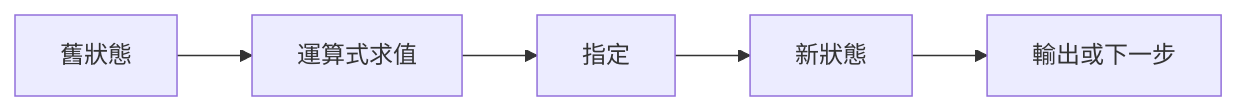
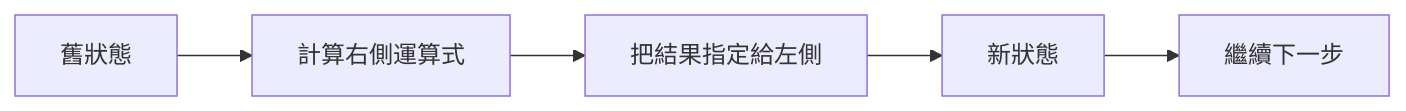
One commit to inred329/summer_pre_course_2026 changed the diagram in materials/preparatory/unit-02-data-state.zh-TW.md. Above: the diagram before and after it, drawn with Mermaid. The commit also changed other lines of this file, not shown here.

Commit message:
Improve P-U02 Chinese reading sequence

````diff
--- a/materials/preparatory/unit-02-data-state.zh-TW.md
+++ b/materials/preparatory/unit-02-data-state.zh-TW.md
@@ -82,7 +104,7 @@
 ```mermaid
 flowchart LR
-    O[舊狀態] --> E[運算式求值]
-    E --> A[指定]
+    O[舊狀態] --> E[計算右側運算式]
+    E --> A[把結果指定給左側]
     A --> N[新狀態]
-    N --> P[輸出或下一步]
+    N --> P[繼續下一步]
 ```
````
